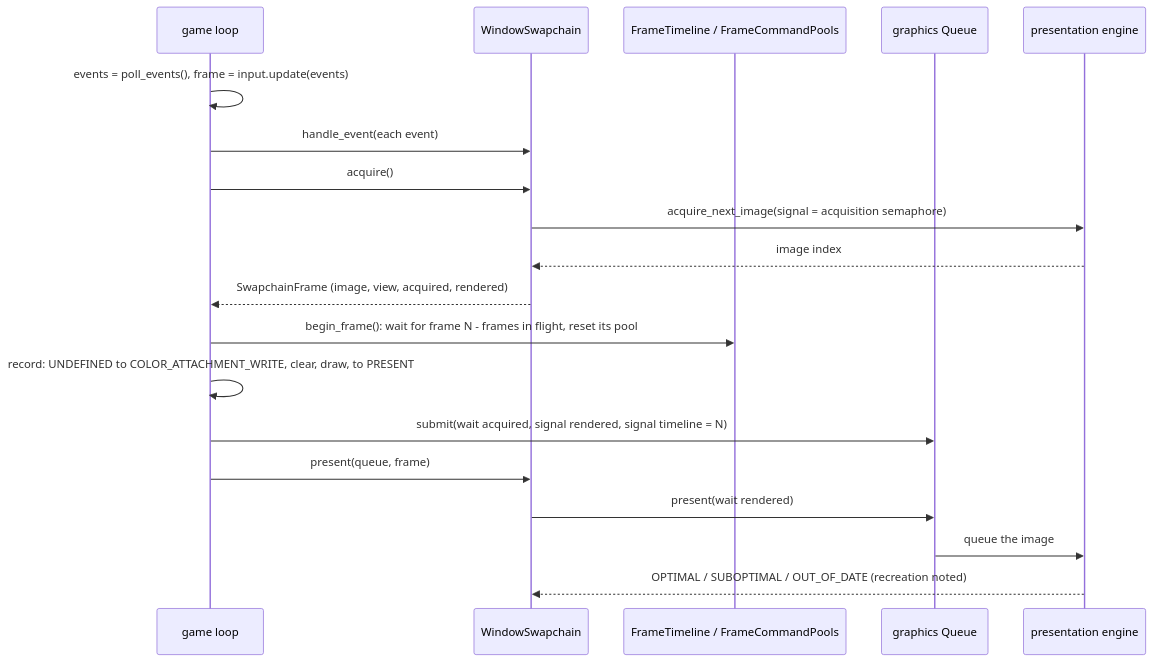
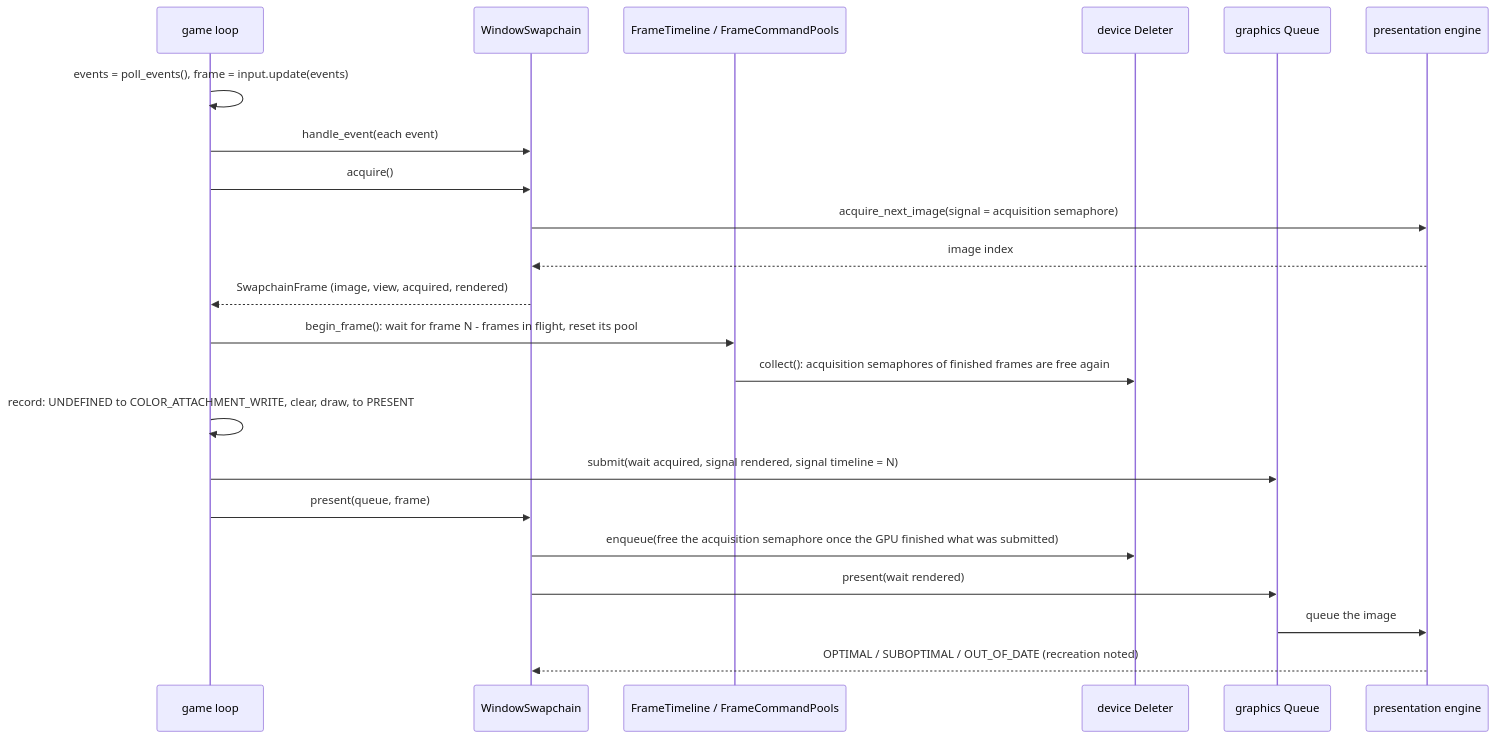
Diagram 12 of 32 in docs/architecture.md (bueno-mhc/gfx), drawn with Mermaid before and after one commit. The commit also changed other lines of this file and 10 other files, not shown here.

````diff
--- a/docs/architecture.md
+++ b/docs/architecture.md
@@ -561,21 +566,24 @@
 ```mermaid
 sequenceDiagram
     participant G as game loop
     participant WS as WindowSwapchain
     participant FT as FrameTimeline / FrameCommandPools
+    participant D as device Deleter
     participant Q as graphics Queue
     participant PE as presentation engine
     G->>G: events = poll_events(), frame = input.update(events)
     G->>WS: handle_event(each event)
     G->>WS: acquire()
     WS->>PE: acquire_next_image(signal = acquisition semaphore)
     PE-->>WS: image index
     WS-->>G: SwapchainFrame (image, view, acquired, rendered)
     G->>FT: begin_frame(): wait for frame N - frames in flight, reset its pool
+    FT->>D: collect(): acquisition semaphores of finished frames are free again
     G->>G: record: UNDEFINED to COLOR_ATTACHMENT_WRITE, clear, draw, to PRESENT
     G->>Q: submit(wait acquired, signal rendered, signal timeline = N)
     G->>WS: present(queue, frame)
+    WS->>D: enqueue(free the acquisition semaphore once the GPU finished what was submitted)
     WS->>Q: present(wait rendered)
     Q->>PE: queue the image
     PE-->>WS: OPTIMAL / SUBOPTIMAL / OUT_OF_DATE (recreation noted)
 ```
````
